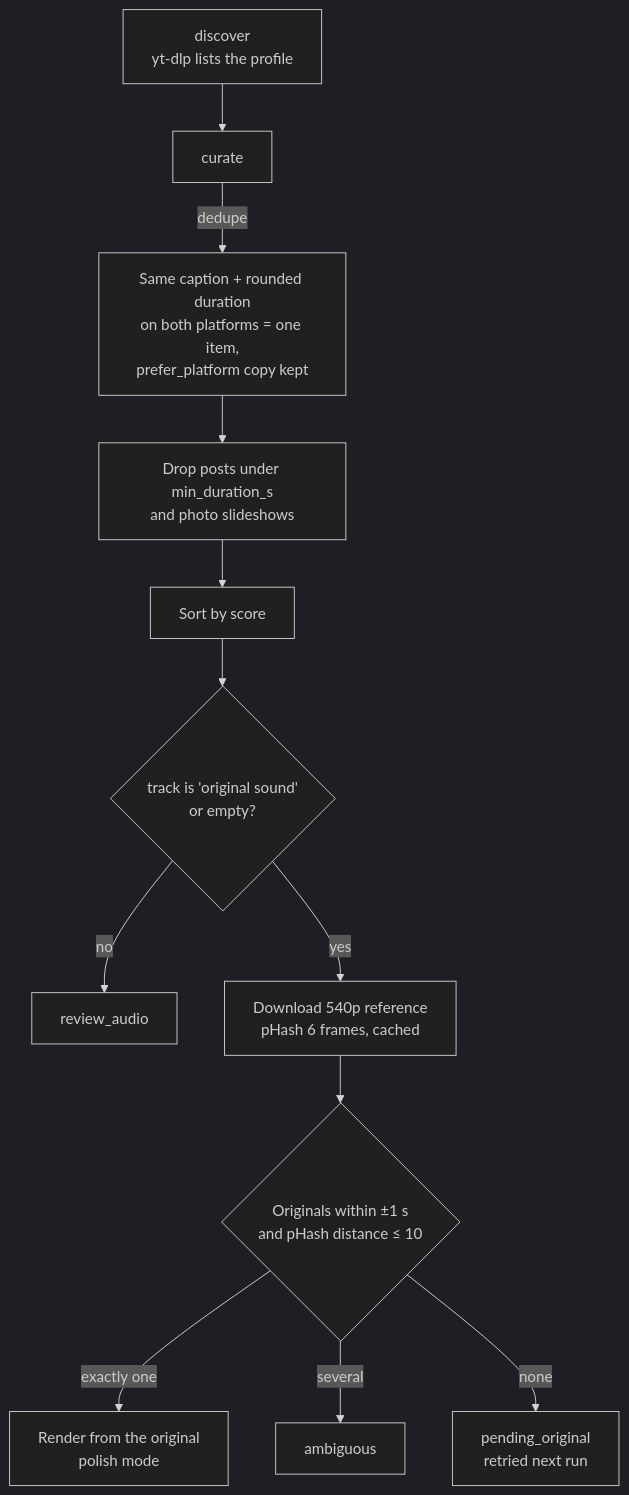
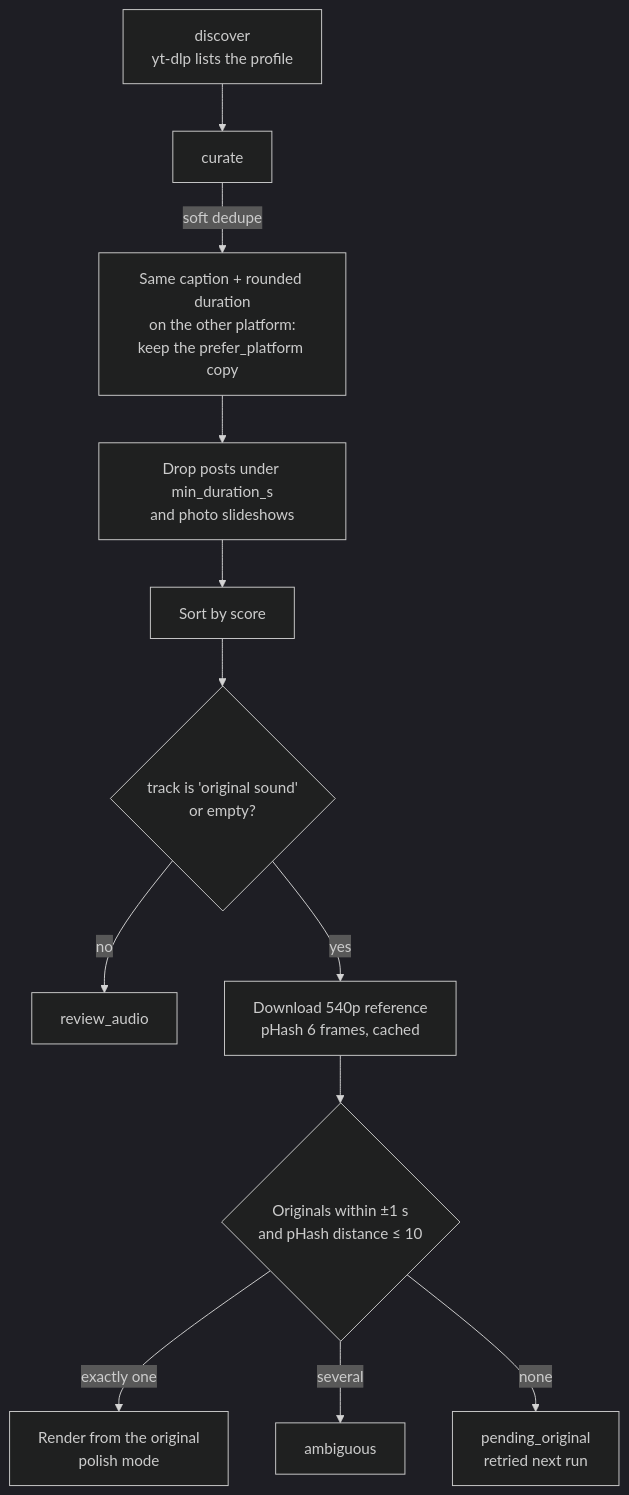
One commit to m-elkhou/social2shorts changed the diagram in docs/use-cases/catalog-backlog.md. Above: the diagram before and after it, drawn with Mermaid (dark theme). The commit also changed other lines of this file and 20 other files, not shown here.

````diff
--- a/docs/use-cases/catalog-backlog.md
+++ b/docs/use-cases/catalog-backlog.md
@@ -21,14 +21,14 @@
 ```mermaid
 flowchart TD
     D[discover<br/>yt-dlp lists the profile] --> C[curate]
-    C -->|dedupe| C1[Same caption + rounded duration<br/>on both platforms = one item,<br/>prefer_platform copy kept]
+    C -->|soft dedupe| C1[Same caption + rounded duration<br/>on the other platform:<br/>keep the prefer_platform copy]
     C1 --> C2[Drop posts under min_duration_s<br/>and photo slideshows]
     C2 --> C3[Sort by score]
     C3 --> A{track is 'original sound'<br/>or empty?}
     A -- no --> RV[review_audio]
     A -- yes --> REF[Download 540p reference<br/>pHash 6 frames, cached]
     REF --> M{Originals within ±1 s<br/>and pHash distance ≤ 10}
     M -- exactly one --> OK[Render from the original<br/>polish mode]
     M -- several --> AMB[ambiguous]
     M -- none --> PEN[pending_original<br/>retried next run]
 ```
````
